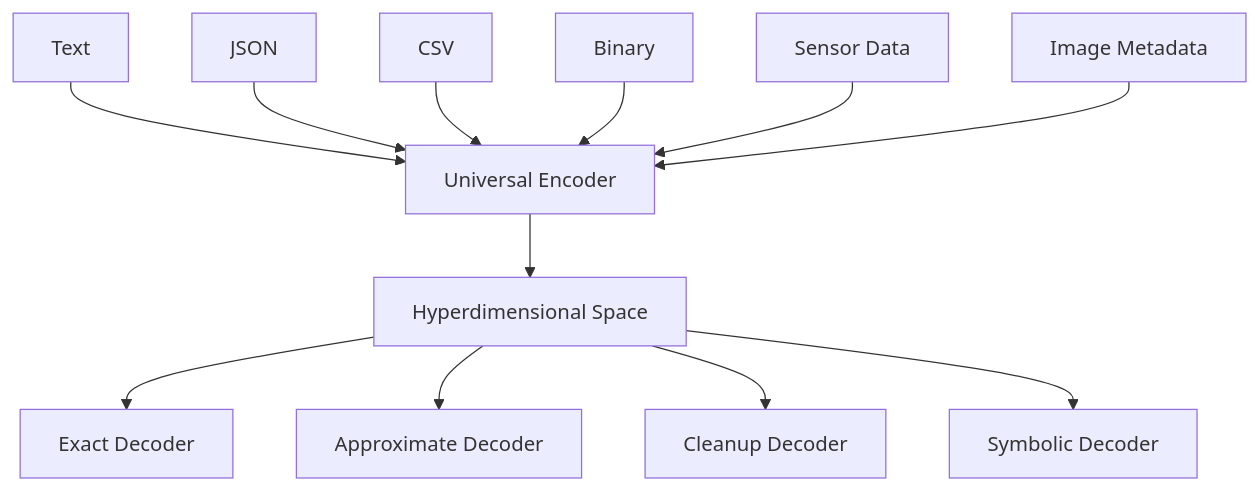
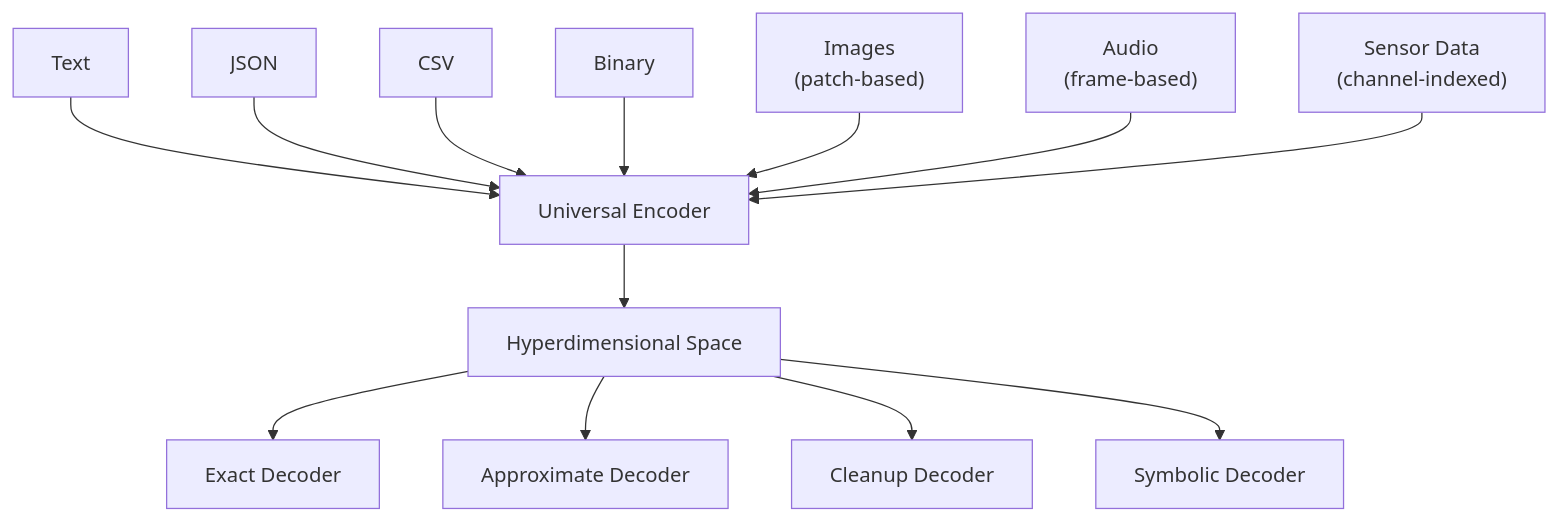
The second of 10 diagrams in README.md (yablokolabs/nexa-core), drawn with Mermaid before and after one commit. The commit also changed other lines of this file, not shown here.

Commit message:
docs: update diagrams for Conv2d/Pooling, ONNX, multimodal inputs, encryption

````diff
--- a/README.md
+++ b/README.md
@@ -55,16 +55,17 @@
 ```mermaid
 graph TD
     Text["Text"] --> UE["Universal Encoder"]
     JSON["JSON"] --> UE
     CSV["CSV"] --> UE
     Binary["Binary"] --> UE
-    Sensors["Sensor Data"] --> UE
-    Images["Image Metadata"] --> UE
+    Images["Images<br/>(patch-based)"] --> UE
+    Audio["Audio<br/>(frame-based)"] --> UE
+    Sensors["Sensor Data<br/>(channel-indexed)"] --> UE
 
     UE --> HDS["Hyperdimensional Space"]
 
     HDS --> Exact["Exact Decoder"]
     HDS --> Approx["Approximate Decoder"]
     HDS --> Cleanup["Cleanup Decoder"]
     HDS --> Symbolic["Symbolic Decoder"]
 ```
````
